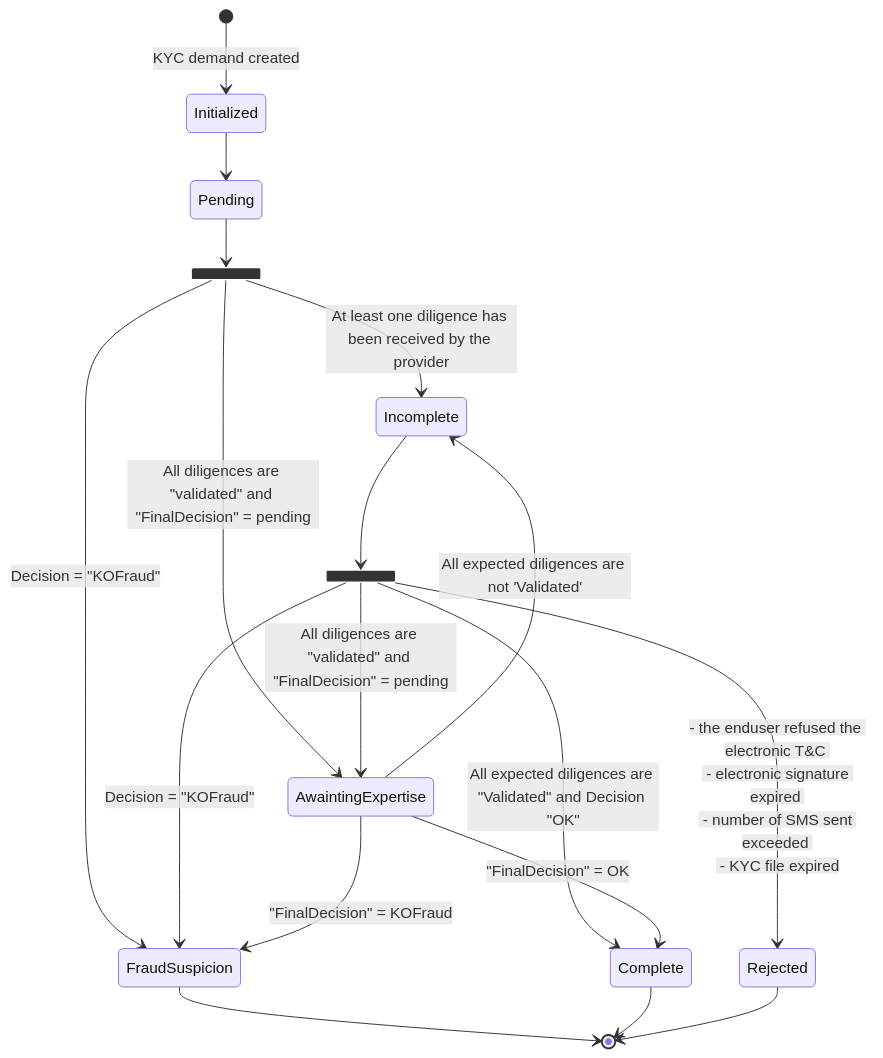
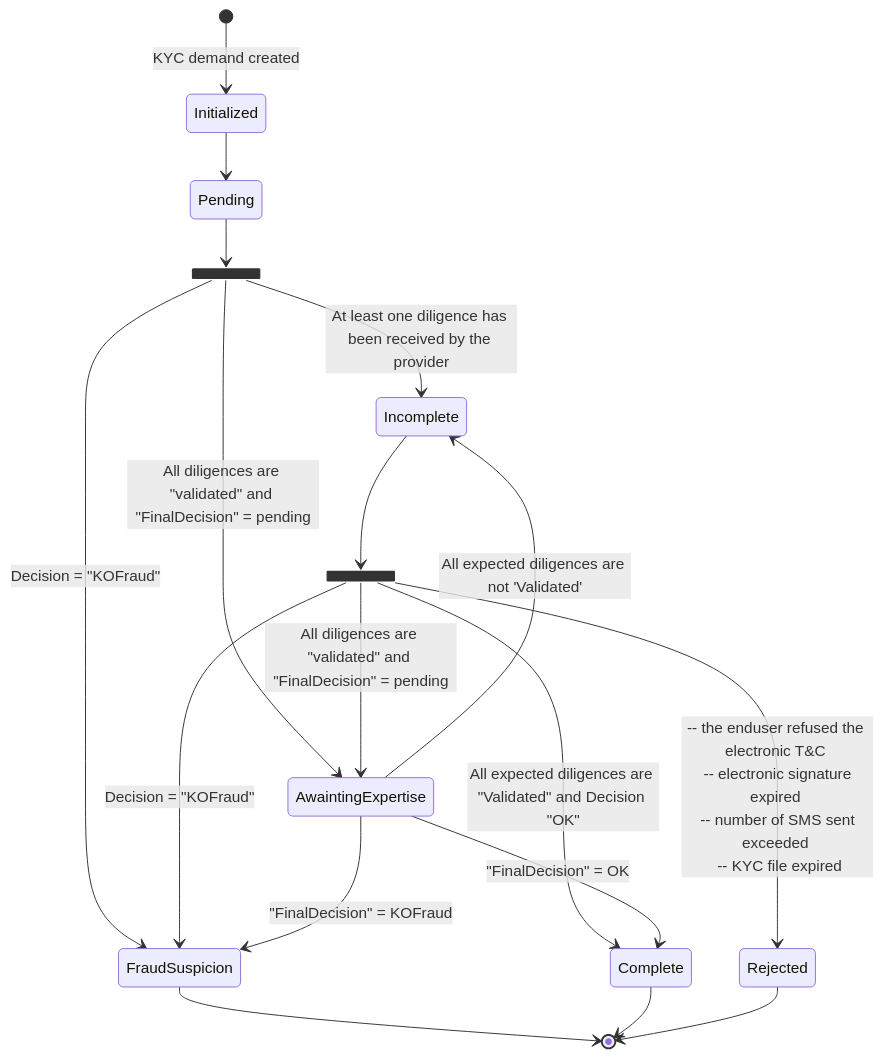
One commit to pomme-clic/s-money-documentation changed the first of 11 diagrams in docs/usecases/users/onboarding/1_kyc/1_netheos.md. Above: the diagram before and after it, drawn with Mermaid.

````diff
--- a/docs/usecases/users/onboarding/1_kyc/1_netheos.md
+++ b/docs/usecases/users/onboarding/1_kyc/1_netheos.md
@@ -22,30 +22,30 @@
 ```mermaid
 stateDiagram
     [*] --> Initialized : KYC demand created
 		state fork_state <<fork>>
     Initialized --> Pending
     Pending --> fork_state
     fork_state -->	Incomplete : At least one diligence has been received by the provider
 		fork_state --> AwaintingExpertise : All diligences are "validated" and "FinalDecision" = pending
 	  fork_state --> FraudSuspicion : Decision = "KOFraud"
 	  
 	  state fork_state2 <<fork>>
 	  Incomplete -->  fork_state2
 	  fork_state2 --> Complete : All expected diligences are "Validated" and Decision "OK"
 	  fork_state2 --> FraudSuspicion : Decision = "KOFraud"
 	  fork_state2 --> AwaintingExpertise : All diligences are "validated" and "FinalDecision" = pending
-      fork_state2 --> Rejected : - the enduser refused the electronic T&C <br/> - electronic signature expired <br/> - number of SMS sent exceeded <br/> - KYC file expired
+      fork_state2 --> Rejected : -- the enduser refused the electronic T&C <br/> -- electronic signature expired <br/> -- number of SMS sent exceeded <br/> -- KYC file expired
 
 	  
 	  AwaintingExpertise --> Complete : "FinalDecision" = OK	  
       AwaintingExpertise --> Incomplete : All expected diligences are not 'Validated' 
 	  AwaintingExpertise --> FraudSuspicion : "FinalDecision" = KOFraud	  
 	  
 
 
     FraudSuspicion --> [*]
     Complete --> [*]
     Rejected --> [*]
 
 
 ```
````
